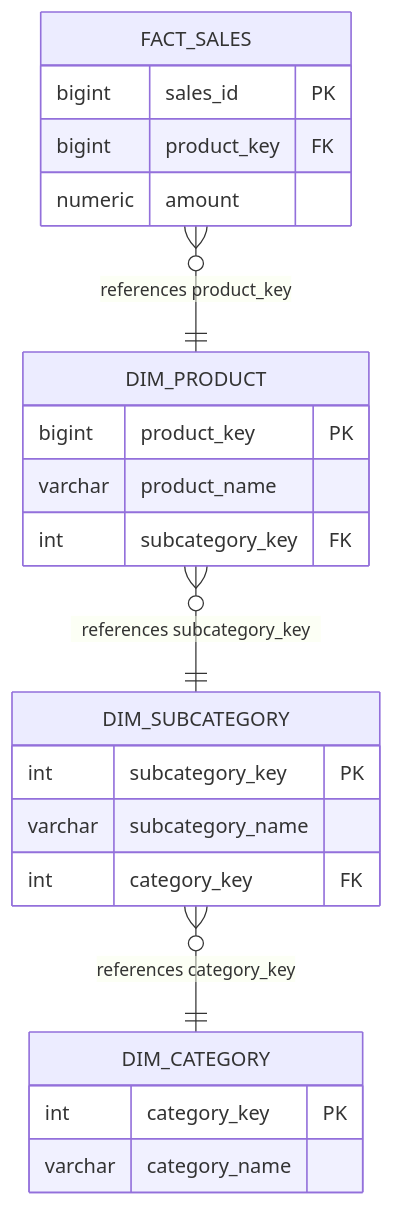
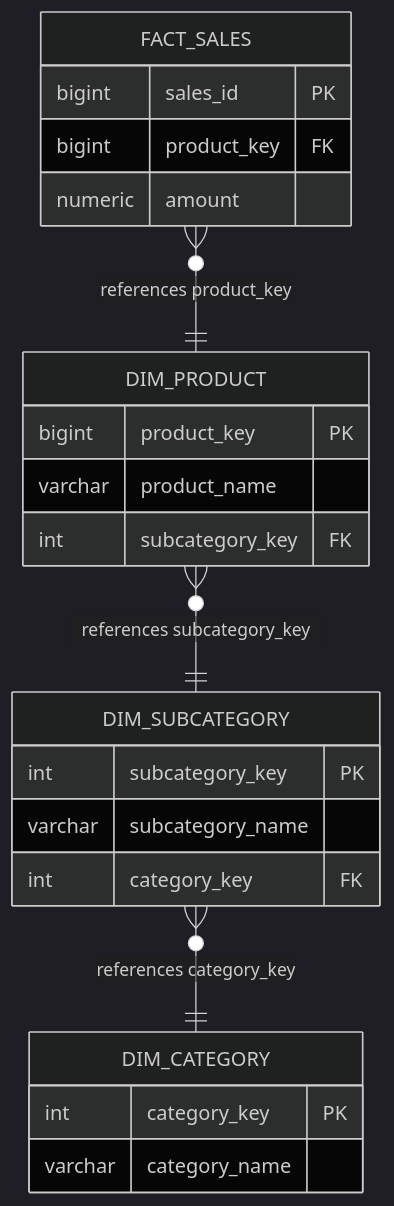
Before and after one commit to joydeep-biswas/Interview-Preparation: diagram 13 of 22 in Data Engineering/06_data_architecture_and_modeling.md, drawn with Mermaid. The commit also changed other lines of this file and 76 other files, not shown here.

Commit message:
Updated Charts

````diff
--- a/Data Engineering/06_data_architecture_and_modeling.md
+++ b/Data Engineering/06_data_architecture_and_modeling.md
@@ -636,26 +640,27 @@
 ```mermaid
+%%{init: {'theme': 'dark', 'themeVariables': { 'attributeBackgroundColorOdd': '#1e293b', 'attributeBackgroundColorEven': '#0f172a', 'entityBackgroundColor': '#1e293b', 'entityBorderColor': '#3b82f6', 'entityTextColor': '#ffffff' }}}%%
 erDiagram
     FACT_SALES }o--|| DIM_PRODUCT : "references product_key"
     DIM_PRODUCT }o--|| DIM_SUBCATEGORY : "references subcategory_key"
     DIM_SUBCATEGORY }o--|| DIM_CATEGORY : "references category_key"
 
     FACT_SALES {
         bigint sales_id PK
         bigint product_key FK
         numeric amount
     }
     DIM_PRODUCT {
         bigint product_key PK
         varchar product_name
         int subcategory_key FK
     }
     DIM_SUBCATEGORY {
         int subcategory_key PK
         varchar subcategory_name
         int category_key FK
     }
     DIM_CATEGORY {
         int category_key PK
         varchar category_name
     }
 ```
````
